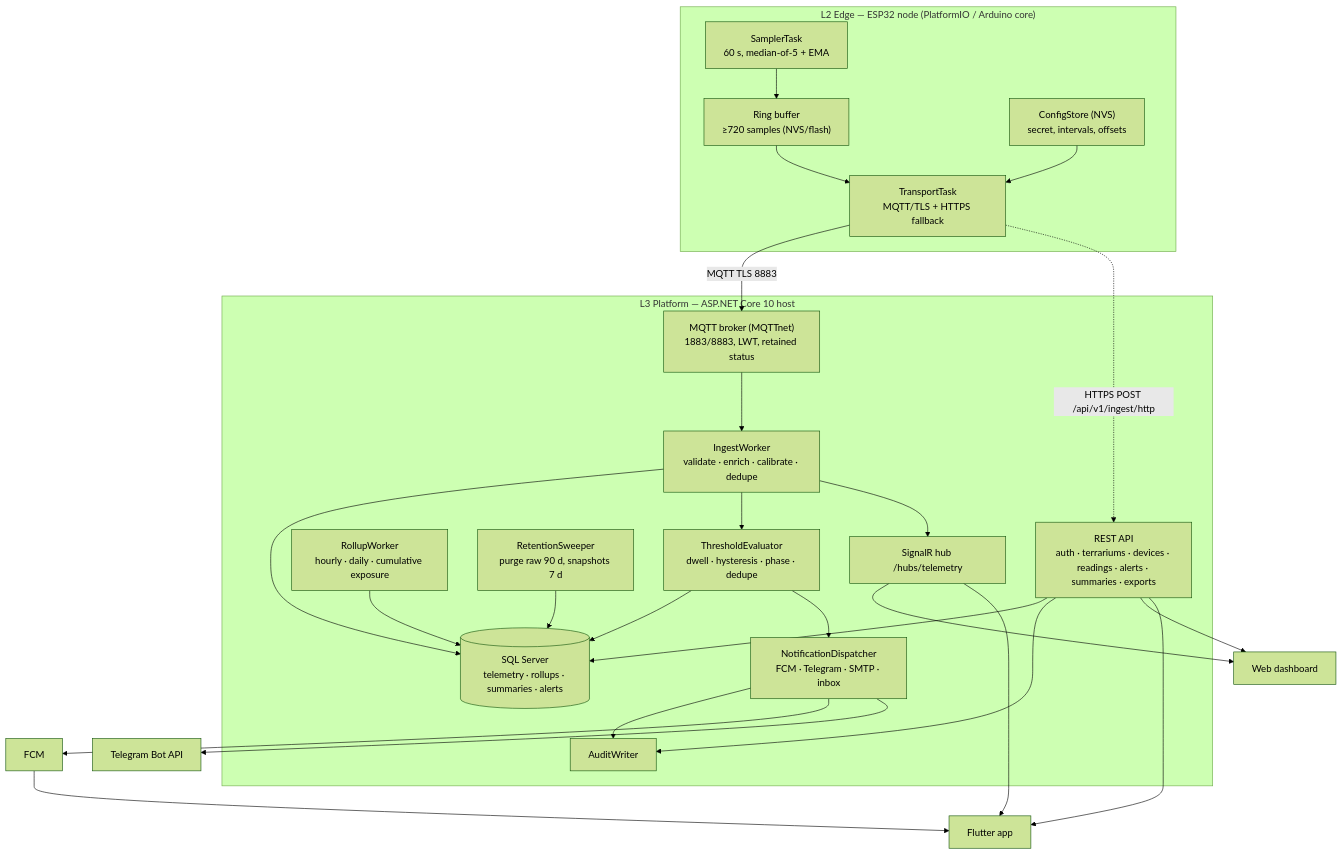
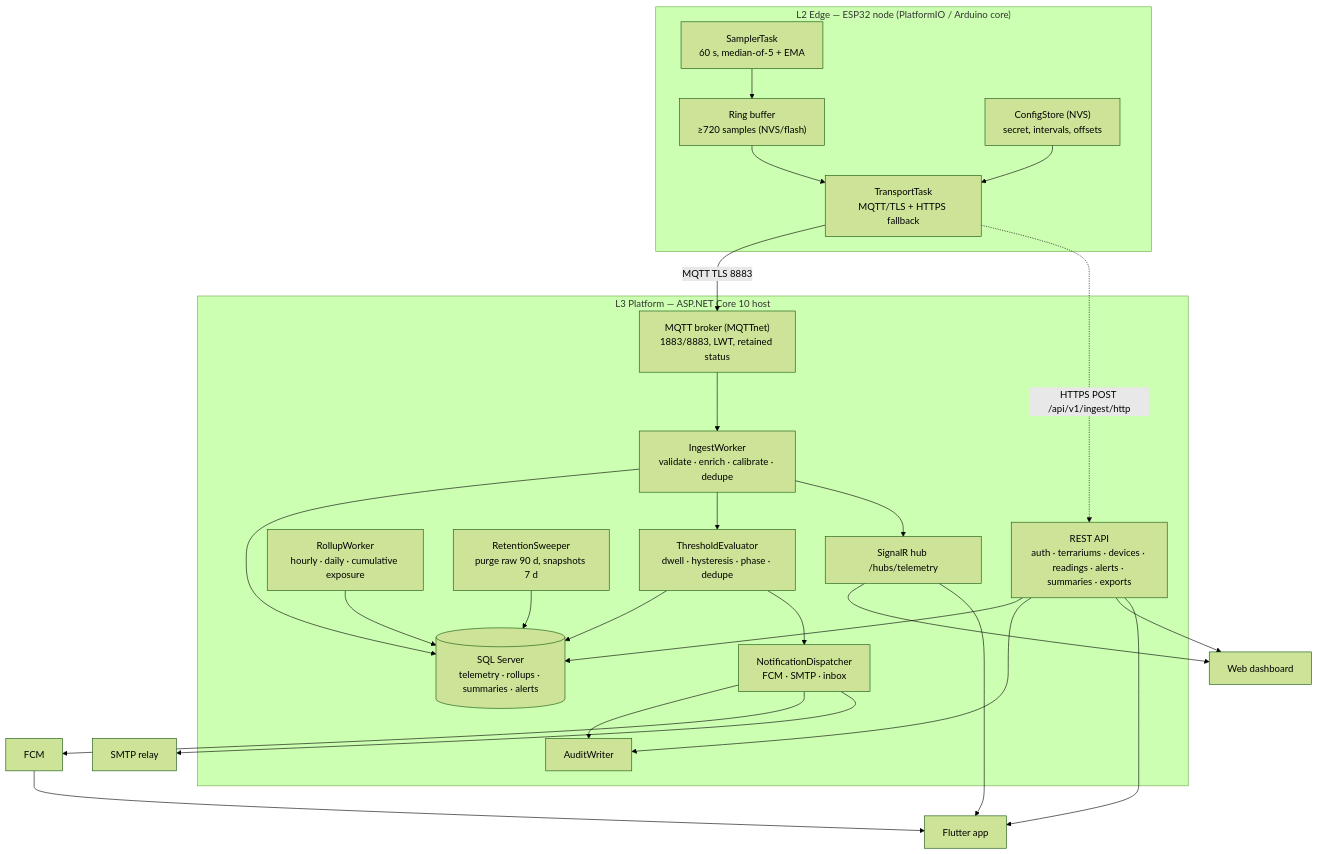
The first of 2 diagrams in docs/02-design/01-architecture.md (N3m310/smartreptile), drawn with Mermaid (forest theme) before and after one commit. The commit also changed other lines of this file and 30 other files, not shown here.

````diff
--- a/docs/02-design/01-architecture.md
+++ b/docs/02-design/01-architecture.md
@@ -29,44 +29,44 @@
 ```mermaid
 flowchart TB
   subgraph Edge["L2 Edge — ESP32 node (PlatformIO / Arduino core)"]
     SAMPLER["SamplerTask<br/>60 s, median-of-5 + EMA"]
     BUF["Ring buffer<br/>≥720 samples (NVS/flash)"]
     MQTTC["TransportTask<br/>MQTT/TLS + HTTPS fallback"]
     CFG["ConfigStore (NVS)<br/>secret, intervals, offsets"]
     SAMPLER --> BUF --> MQTTC
     CFG --> MQTTC
   end
 
   subgraph Platform["L3 Platform — ASP.NET Core 10 host"]
     BROKER["MQTT broker (MQTTnet)<br/>1883/8883, LWT, retained status"]
     INGEST["IngestWorker<br/>validate · enrich · calibrate · dedupe"]
     EVAL["ThresholdEvaluator<br/>dwell · hysteresis · phase · dedupe"]
-    NOTIF["NotificationDispatcher<br/>FCM · Telegram · SMTP · inbox"]
+    NOTIF["NotificationDispatcher<br/>FCM · SMTP · inbox"]
     ROLL["RollupWorker<br/>hourly · daily · cumulative exposure"]
     SWEEP["RetentionSweeper<br/>purge raw 90 d, snapshots 7 d"]
     API["REST API<br/>auth · terrariums · devices · readings · alerts · summaries · exports"]
     HUB["SignalR hub /hubs/telemetry"]
     AUDIT["AuditWriter"]
     INGEST --> DB
     EVAL --> DB
     INGEST --> EVAL
     EVAL --> NOTIF
     INGEST --> HUB
     ROLL --> DB
     SWEEP --> DB
     API --> DB
     API --> AUDIT
     NOTIF --> AUDIT
   end
 
   DB[("SQL Server<br/>telemetry · rollups · summaries · alerts")]
   MQTTC -->|"MQTT TLS 8883"| BROKER
   MQTTC -.->|"HTTPS POST /api/v1/ingest/http"| API
   BROKER --> INGEST
   HUB --> WEB["Web dashboard"]
   HUB --> APP["Flutter app"]
   API --> WEB
   API --> APP
   NOTIF --> FCM["FCM"] --> APP
-  NOTIF --> TG["Telegram Bot API"]
+  NOTIF --> MAIL["SMTP relay"]
 ```
````
